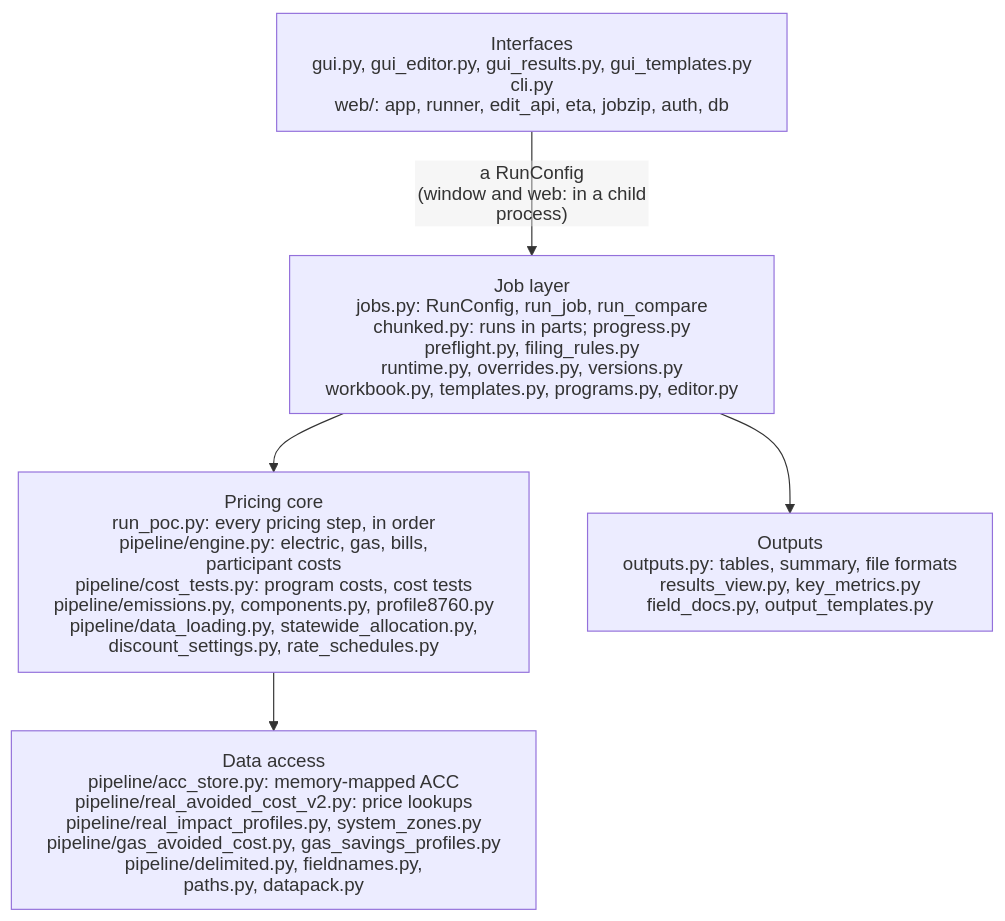
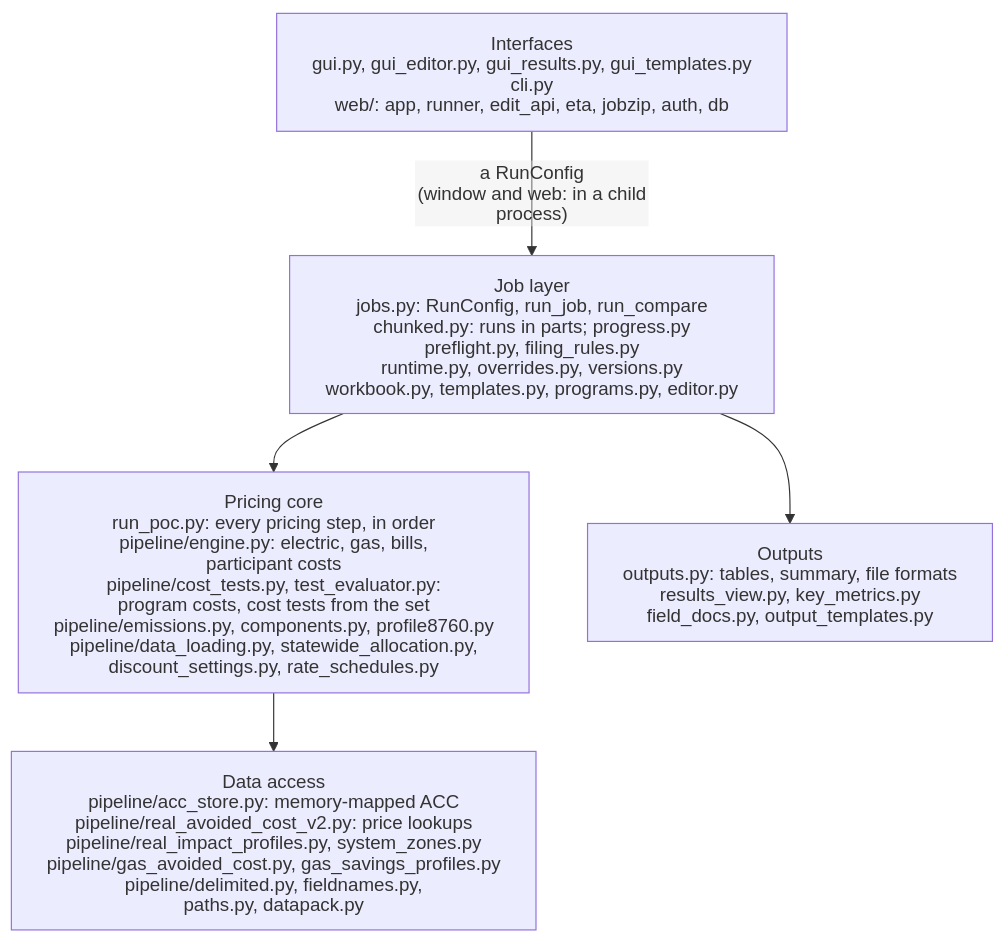
The second of 7 diagrams in recet/docs/ARCHITECTURE.md (JRichardson-PGE/ReCET), drawn with Mermaid before and after one commit. The commit also changed other lines of this file and 16 other files, not shown here.

First line of the commit message:
0.1.84: the cost tests priced from the run's definition set (COST_TESTS.md step 2)

````diff
--- a/recet/docs/ARCHITECTURE.md
+++ b/recet/docs/ARCHITECTURE.md
@@ -99,21 +99,21 @@
 ```mermaid
 ---
 config:
   htmlLabels: false
   flowchart:
     htmlLabels: false
     wrappingWidth: 400
 ---
 flowchart TB
     accTitle: ReCET's layers
     accDescr: Four layers: the interfaces (window, command line, web) hand a RunConfig to the job layer, which runs the pricing core and writes the outputs; the pricing core reads through the data access layer.
     IF["Interfaces<br/>gui.py, gui_editor.py, gui_results.py, gui_templates.py<br/>cli.py<br/>web/: app, runner, edit_api, eta, jobzip, auth, db"]
     JOB["Job layer<br/>jobs.py: RunConfig, run_job, run_compare<br/>chunked.py: runs in parts; progress.py<br/>preflight.py, filing_rules.py<br/>runtime.py, overrides.py, versions.py<br/>workbook.py, templates.py, programs.py, editor.py"]
-    CORE["Pricing core<br/>run_poc.py: every pricing step, in order<br/>pipeline/engine.py: electric, gas, bills,<br/>participant costs<br/>pipeline/cost_tests.py: program costs, cost tests<br/>pipeline/emissions.py, components.py, profile8760.py<br/>pipeline/data_loading.py, statewide_allocation.py,<br/>discount_settings.py, rate_schedules.py"]
+    CORE["Pricing core<br/>run_poc.py: every pricing step, in order<br/>pipeline/engine.py: electric, gas, bills,<br/>participant costs<br/>pipeline/cost_tests.py, test_evaluator.py:<br/>program costs, cost tests from the set<br/>pipeline/emissions.py, components.py, profile8760.py<br/>pipeline/data_loading.py, statewide_allocation.py,<br/>discount_settings.py, rate_schedules.py"]
     DATA["Data access<br/>pipeline/acc_store.py: memory-mapped ACC<br/>pipeline/real_avoided_cost_v2.py: price lookups<br/>pipeline/real_impact_profiles.py, system_zones.py<br/>pipeline/gas_avoided_cost.py, gas_savings_profiles.py<br/>pipeline/delimited.py, fieldnames.py,<br/>paths.py, datapack.py"]
     OUT["Outputs<br/>outputs.py: tables, summary, file formats<br/>results_view.py, key_metrics.py<br/>field_docs.py, output_templates.py"]
     IF -->|"a RunConfig<br/>(window and web: in a child process)"| JOB
     JOB --> CORE
     CORE --> DATA
     JOB --> OUT
 ```
````
